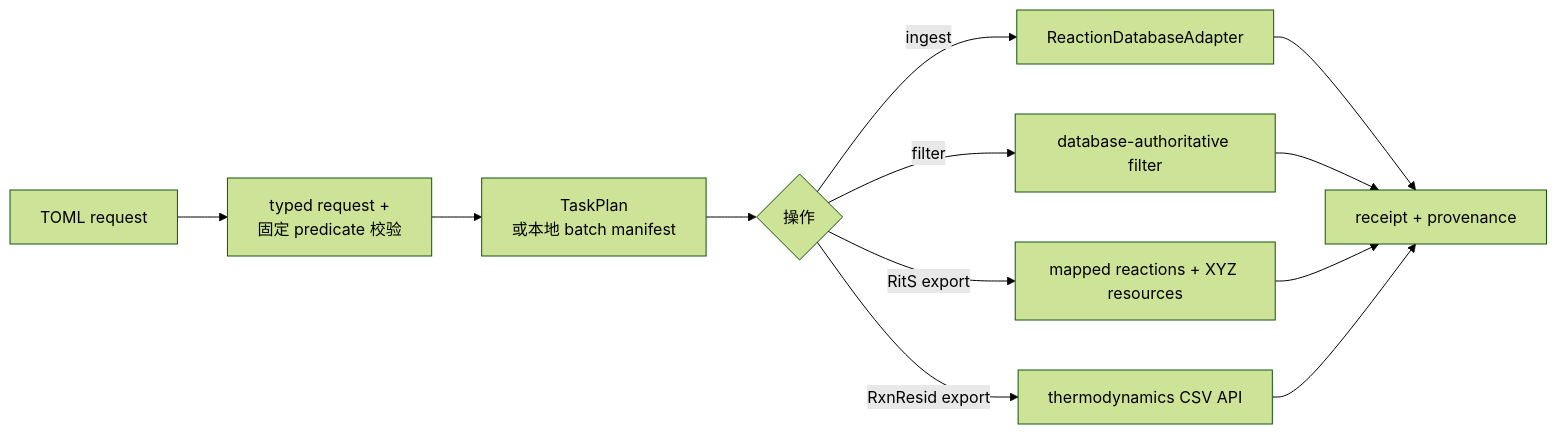
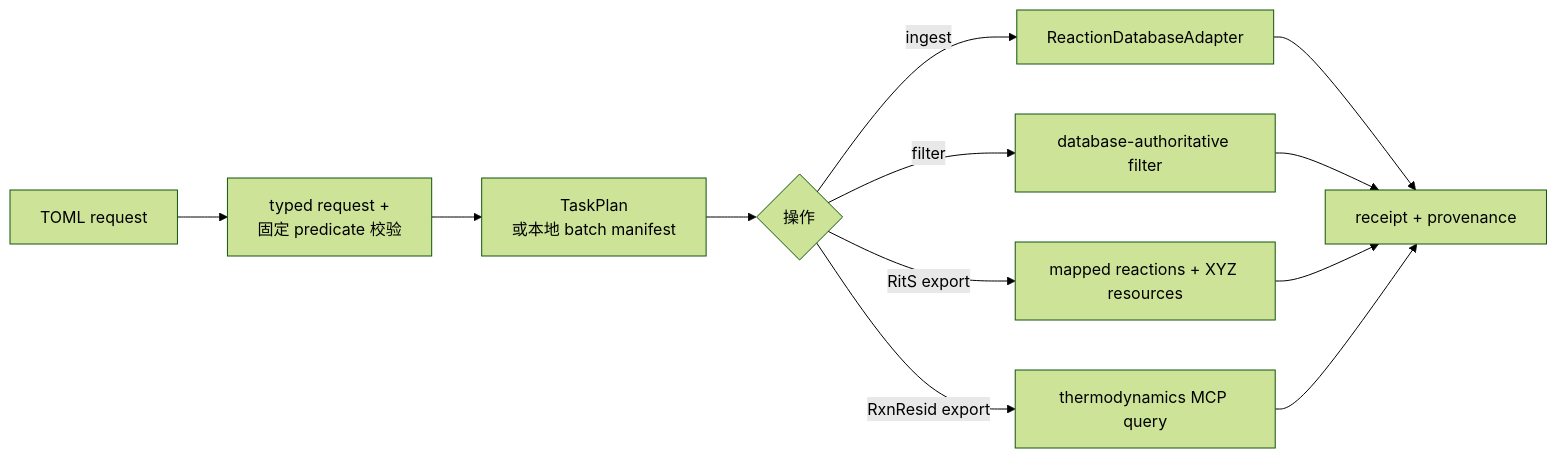
The diagram in packages/tricycle-reaction-db/README.md (gentle1999/TriCycle), drawn with Mermaid (forest theme) before and after one commit. The commit also changed other lines of this file and 13 other files, not shown here.

````diff
--- a/packages/tricycle-reaction-db/README.md
+++ b/packages/tricycle-reaction-db/README.md
@@ -83,14 +83,14 @@
 ```mermaid
 flowchart LR
     Q["TOML request"] --> V["typed request +\n固定 predicate 校验"]
     V --> P["TaskPlan\n或本地 batch manifest"]
     P --> A{"操作"}
     A -->|ingest| I["ReactionDatabaseAdapter"]
     A -->|filter| F["database-authoritative filter"]
     A -->|RitS export| R["mapped reactions + XYZ resources"]
-    A -->|RxnResid export| X["thermodynamics CSV API"]
+    A -->|RxnResid export| X["thermodynamics MCP query"]
     I --> O["receipt + provenance"]
     F --> O
     R --> O
     X --> O
 ```
````
